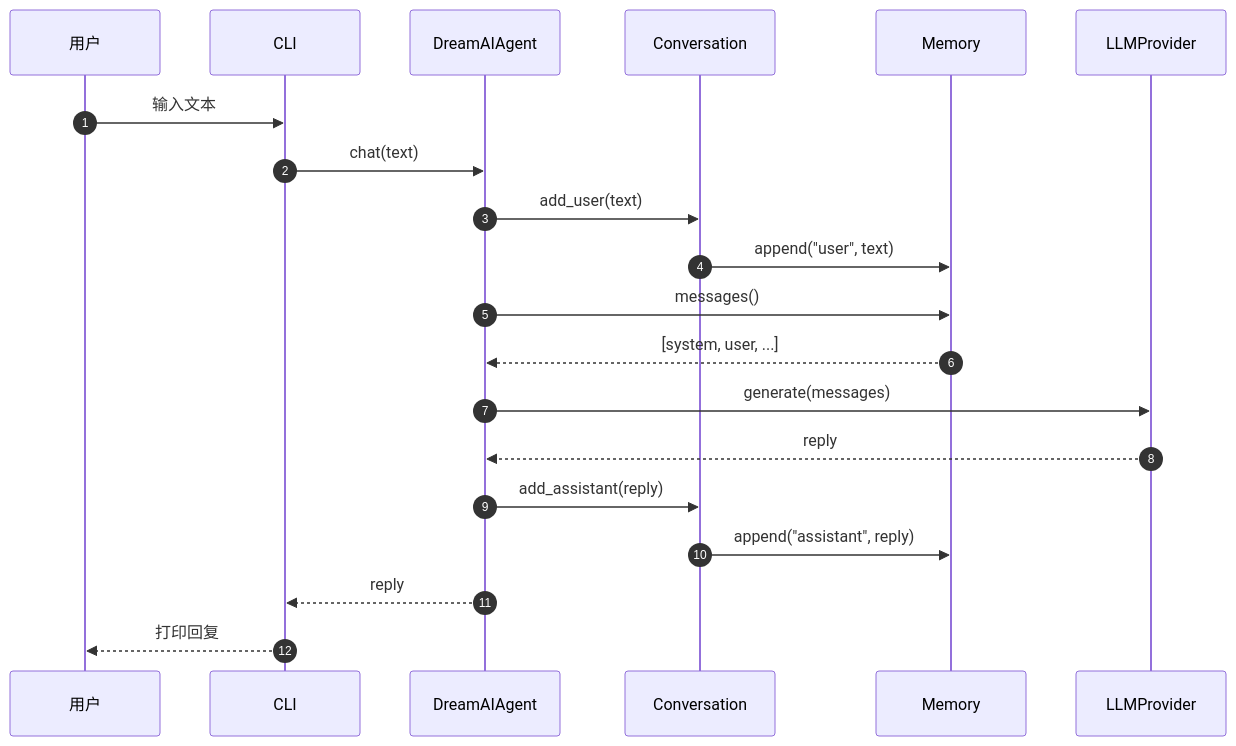
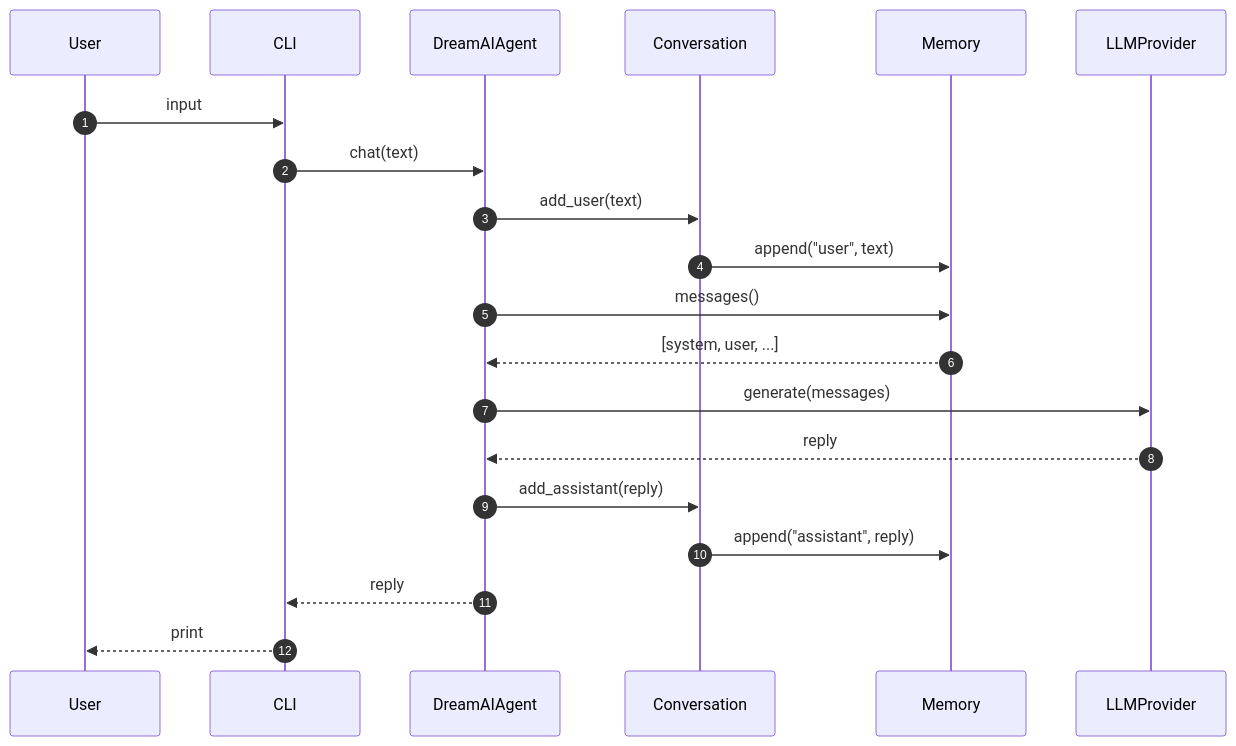
Before and after one commit to Li-Guijiang/DreamAI: the second of 3 diagrams in docs/ARCHITECTURE.md, drawn with Mermaid. The commit also changed other lines of this file and 4 other files, not shown here.

````diff
--- a/docs/ARCHITECTURE.md
+++ b/docs/ARCHITECTURE.md
@@ -115,23 +114,23 @@
 ```mermaid
 sequenceDiagram
     autonumber
-    participant U as 用户
+    participant U as User
     participant C as CLI
     participant A as DreamAIAgent
     participant V as Conversation
     participant M as Memory
     participant P as LLMProvider
 
-    U->>C: 输入文本
+    U->>C: input
     C->>A: chat(text)
     A->>V: add_user(text)
     V->>M: append("user", text)
     A->>M: messages()
     M-->>A: [system, user, ...]
     A->>P: generate(messages)
     P-->>A: reply
     A->>V: add_assistant(reply)
     V->>M: append("assistant", reply)
     A-->>C: reply
-    C-->>U: 打印回复
+    C-->>U: print
 ```
````
